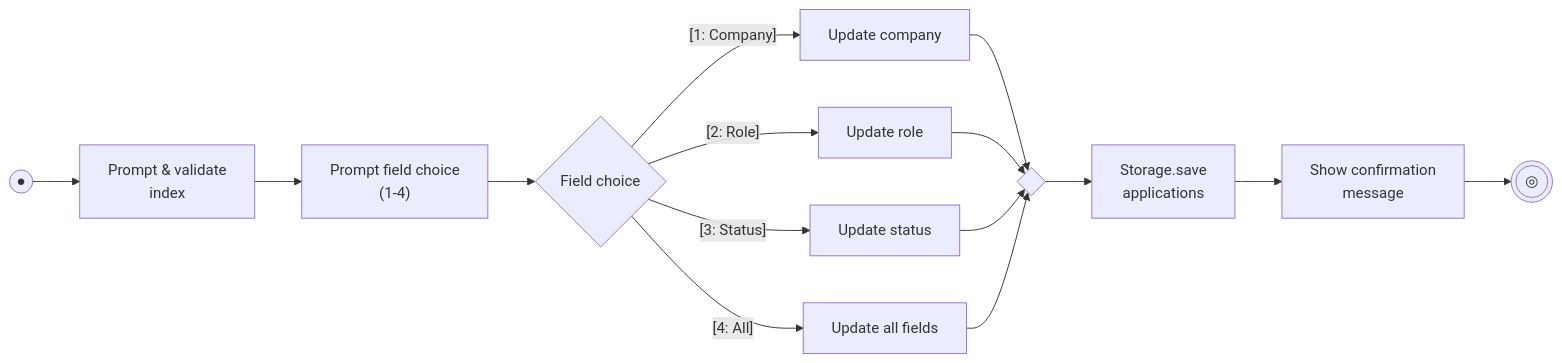
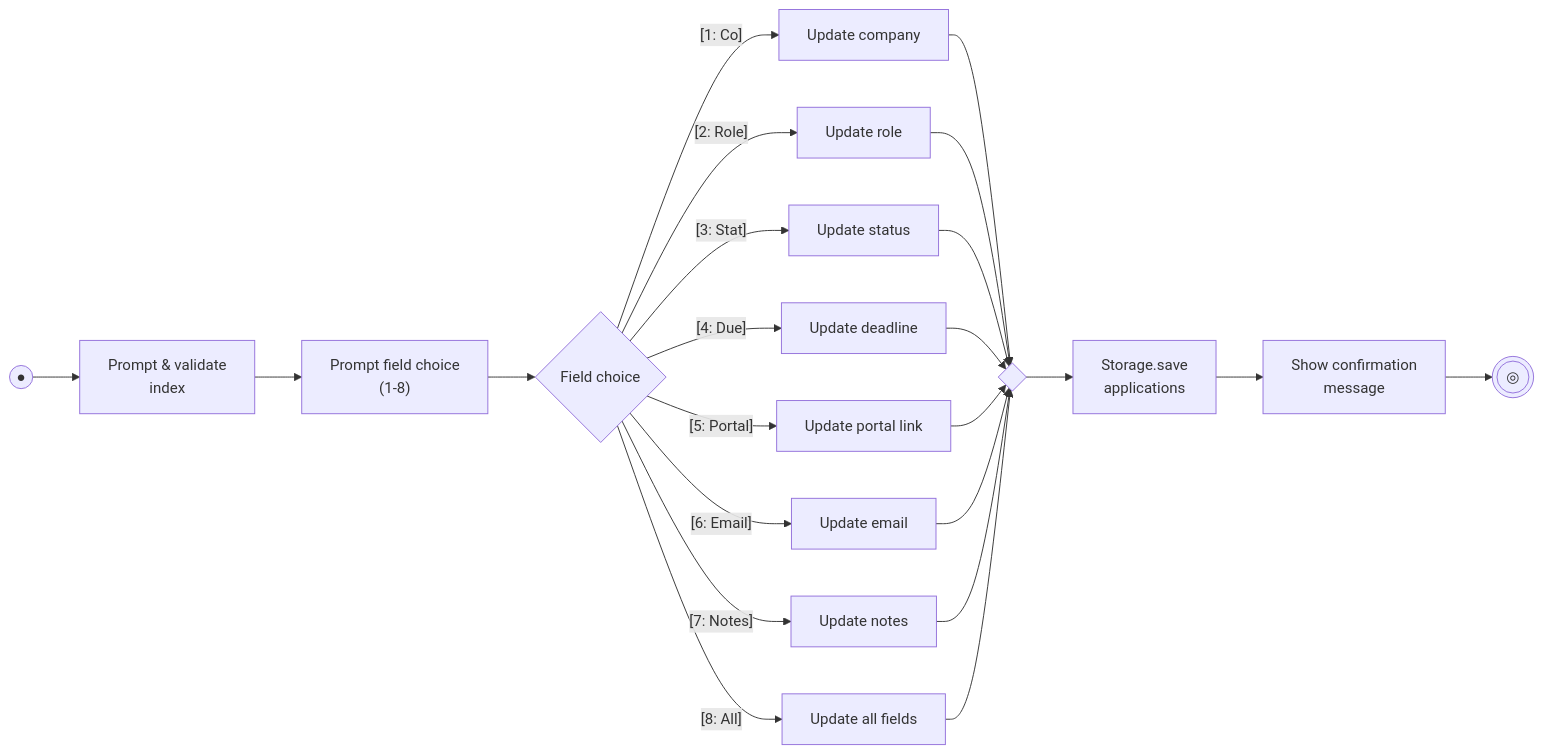
Diagram 13 of 22 in docs/DeveloperGuide.md (AY2627S1-CS2113-T10-2/tp), drawn with Mermaid before and after one commit. The commit also changed other lines of this file and 13 other files, not shown here.

First line of the commit message:
feat: add optional company portal link, email, and notes to add/edit features

````diff
--- a/docs/DeveloperGuide.md
+++ b/docs/DeveloperGuide.md
@@ -770,13 +796,17 @@
 ```mermaid
 flowchart LR
     Start((●)) --> PromptIdx["Prompt & validate<br/>index"]
-    PromptIdx --> PromptField["Prompt field choice<br/>(1-4)"]
+    PromptIdx --> PromptField["Prompt field choice<br/>(1-8)"]
     PromptField --> Branch{"Field choice"}
-    Branch -->|"[1: Company]"| UpdCo["Update company"] --> Merge{ }
+    Branch -->|"[1: Co]"| UpdCo["Update company"] --> Merge{ }
     Branch -->|"[2: Role]"| UpdRole["Update role"] --> Merge
-    Branch -->|"[3: Status]"| UpdStat["Update status"] --> Merge
-    Branch -->|"[4: All]"| UpdAll["Update all fields"] --> Merge
+    Branch -->|"[3: Stat]"| UpdStat["Update status"] --> Merge
+    Branch -->|"[4: Due]"| UpdDue["Update deadline"] --> Merge
+    Branch -->|"[5: Portal]"| UpdPort["Update portal link"] --> Merge
+    Branch -->|"[6: Email]"| UpdMail["Update email"] --> Merge
+    Branch -->|"[7: Notes]"| UpdNote["Update notes"] --> Merge
+    Branch -->|"[8: All]"| UpdAll["Update all fields"] --> Merge
     Merge --> Save["Storage.save<br/>applications"]
     Save --> Confirm["Show confirmation<br/>message"]
     Confirm --> End(((◎)))
 ```
````
